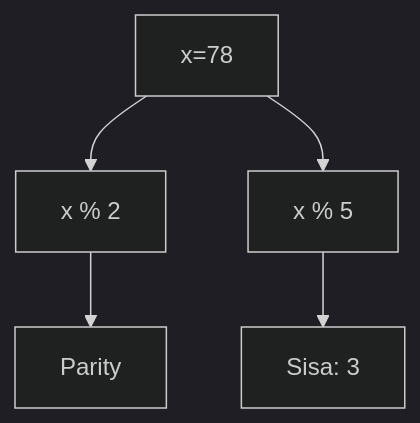
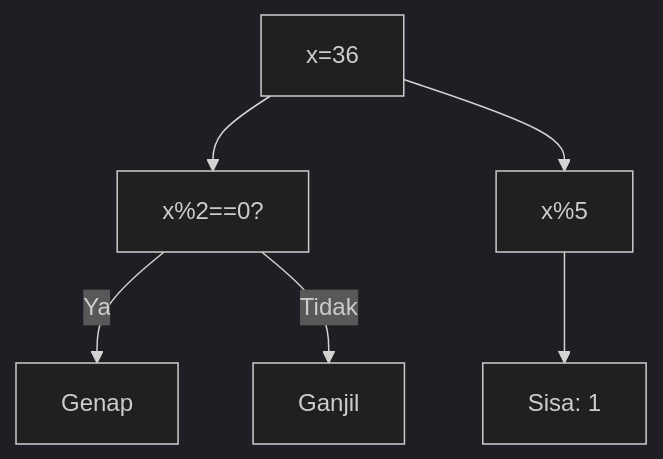
Before and after one commit to amnahwaida/OSNK_INF_PREP: the third of 25 diagrams in part-c-pemahaman-cpp/05-rekursi/latihan/set-12.md, drawn with Mermaid (dark theme). The commit also changed other lines of this file and 71 other files, not shown here.

Commit message:
Fixed Mermaid syntax lexical errors with quoted labels in 1,800 questions

````diff
--- a/part-c-pemahaman-cpp/05-rekursi/latihan/set-12.md
+++ b/part-c-pemahaman-cpp/05-rekursi/latihan/set-12.md
@@ -54,7 +91,8 @@
 ```mermaid
 graph TD
-A[x=78] --> B[x % 2]
-B --> C[Parity]
-A --> D[x % 5]
-D --> E[Sisa: 3]
+A["x=36"] --> B["x%2==0?"]
+B -- Ya --> C["Genap"]
+B -- Tidak --> D["Ganjil"]
+A --> E["x%5"]
+E --> F["Sisa: 1"]
 ```
````
